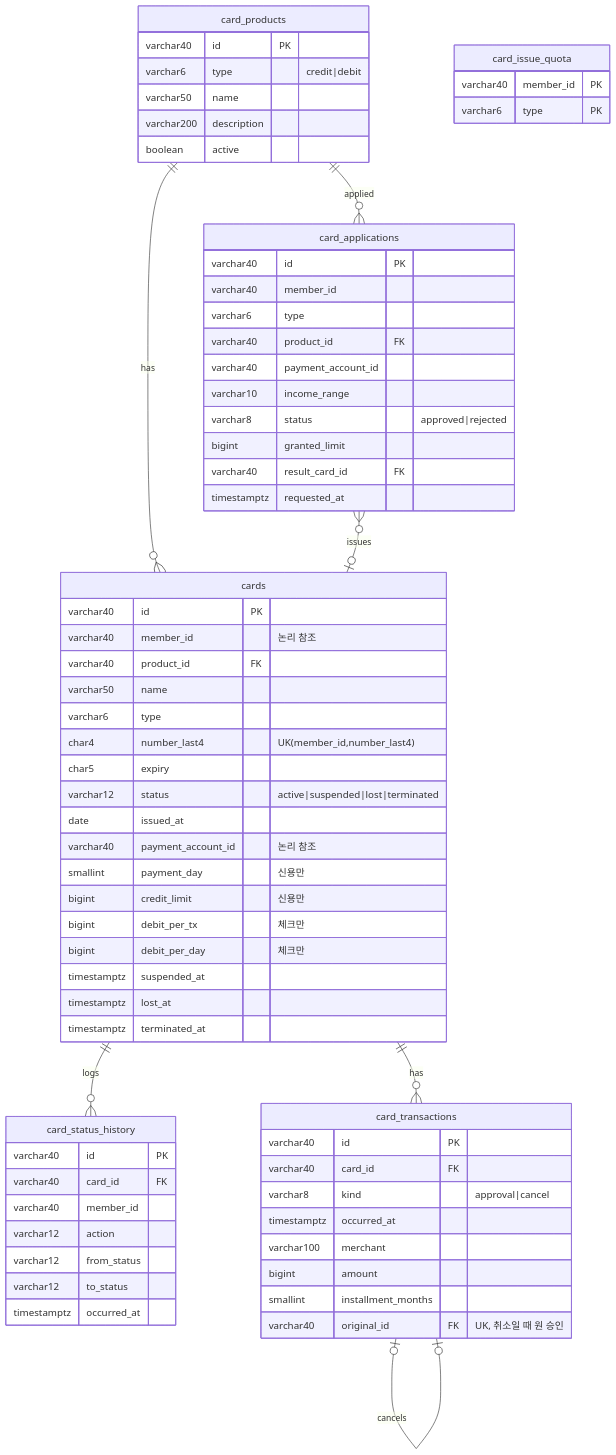
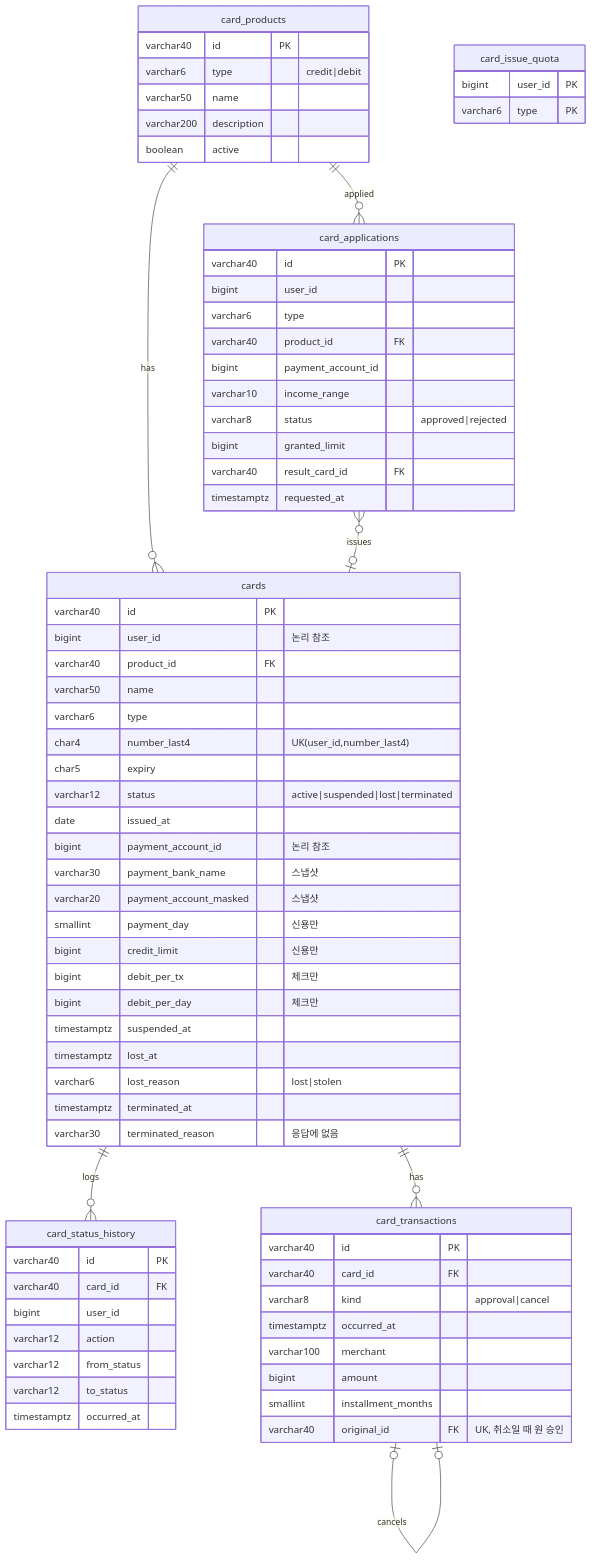
One commit to MumuKim0212/aim-middle-project changed the third of 5 diagrams in docs/db/erd.md. Above: the diagram before and after it, drawn with Mermaid. The commit also changed other lines of this file and 20 other files, not shown here.

````diff
--- a/docs/db/erd.md
+++ b/docs/db/erd.md
@@ -127,70 +189,74 @@
 ```mermaid
 erDiagram
     card_products {
         varchar40 id PK
         varchar6 type "credit|debit"
         varchar50 name
         varchar200 description
         boolean active
     }
     cards {
         varchar40 id PK
-        varchar40 member_id "논리 참조"
+        bigint user_id "논리 참조"
         varchar40 product_id FK
         varchar50 name
         varchar6 type
-        char4 number_last4 "UK(member_id,number_last4)"
+        char4 number_last4 "UK(user_id,number_last4)"
         char5 expiry
         varchar12 status "active|suspended|lost|terminated"
         date issued_at
-        varchar40 payment_account_id "논리 참조"
+        bigint payment_account_id "논리 참조"
+        varchar30 payment_bank_name "스냅샷"
+        varchar20 payment_account_masked "스냅샷"
         smallint payment_day "신용만"
         bigint credit_limit "신용만"
         bigint debit_per_tx "체크만"
         bigint debit_per_day "체크만"
         timestamptz suspended_at
         timestamptz lost_at
+        varchar6 lost_reason "lost|stolen"
         timestamptz terminated_at
+        varchar30 terminated_reason "응답에 없음"
     }
     card_status_history {
         varchar40 id PK
         varchar40 card_id FK
-        varchar40 member_id
+        bigint user_id
         varchar12 action
         varchar12 from_status
         varchar12 to_status
         timestamptz occurred_at
     }
     card_transactions {
         varchar40 id PK
         varchar40 card_id FK
         varchar8 kind "approval|cancel"
         timestamptz occurred_at
         varchar100 merchant
         bigint amount
         smallint installment_months
         varchar40 original_id FK "UK, 취소일 때 원 승인"
     }
     card_applications {
         varchar40 id PK
-        varchar40 member_id
+        bigint user_id
         varchar6 type
         varchar40 product_id FK
-        varchar40 payment_account_id
+        bigint payment_account_id
         varchar10 income_range
         varchar8 status "approved|rejected"
         bigint granted_limit
         varchar40 result_card_id FK
         timestamptz requested_at
     }
     card_issue_quota {
-        varchar40 member_id PK
+        bigint user_id PK
         varchar6 type PK
     }
     card_products ||--o{ cards : has
     cards ||--o{ card_status_history : logs
     cards ||--o{ card_transactions : has
     card_transactions |o--o| card_transactions : cancels
     card_products ||--o{ card_applications : applied
     card_applications }o--o| cards : issues
 ```
````
